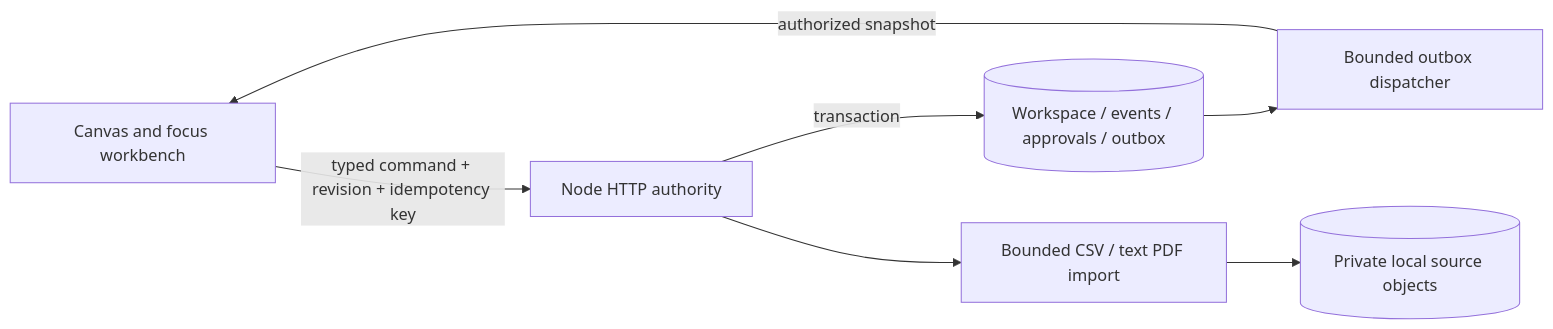
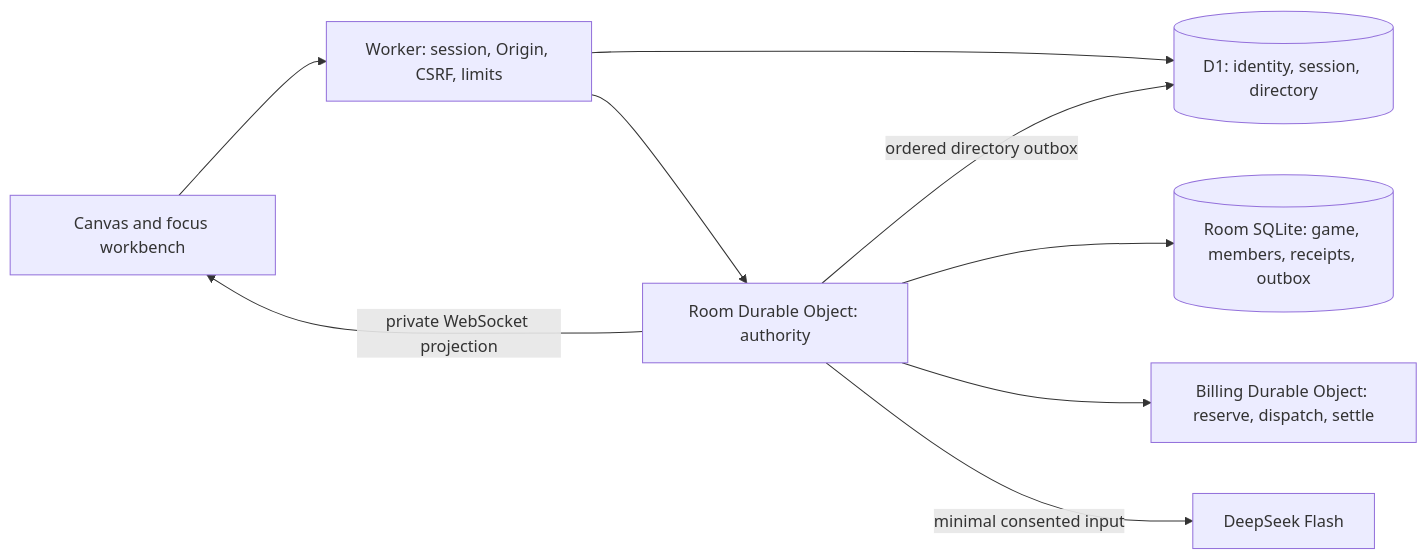
One commit to Thanyers/tabletop changed the diagram in docs/R1_ARCHITECTURE.md. Above: the diagram before and after it, drawn with Mermaid. The commit also changed other lines of this file and 50 other files, not shown here.

````diff
--- a/docs/R1_ARCHITECTURE.md
+++ b/docs/R1_ARCHITECTURE.md
@@ -11,9 +11,11 @@
 ```mermaid
 flowchart LR
-  Browser[Canvas and focus workbench] -->|typed command + revision + idempotency key| API[Node HTTP authority]
-  API -->|transaction| SQL[(Workspace / events / approvals / outbox)]
-  SQL --> Dispatcher[Bounded outbox dispatcher]
-  Dispatcher -->|authorized snapshot| Browser
-  API --> Parser[Bounded CSV / text PDF import]
-  Parser --> Objects[(Private local source objects)]
+  Browser[Canvas and focus workbench] --> Edge[Worker: session, Origin, CSRF, limits]
+  Edge --> D1[(D1: identity, session, directory)]
+  Edge --> Room[Room Durable Object: authority]
+  Room --> SQLite[(Room SQLite: game, members, receipts, outbox)]
+  Room -->|ordered directory outbox| D1
+  Room --> Billing[Billing Durable Object: reserve, dispatch, settle]
+  Room -->|minimal consented input| DeepSeek[DeepSeek Flash]
+  Room -->|private WebSocket projection| Browser
 ```
````
